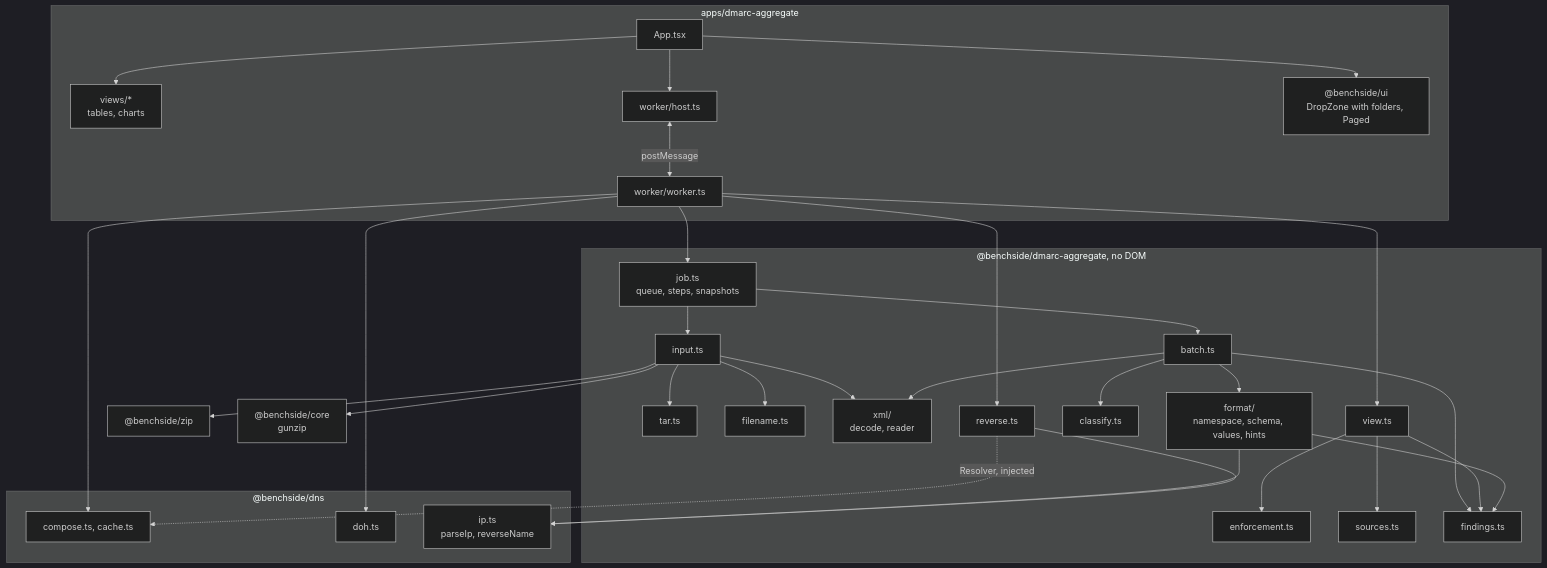
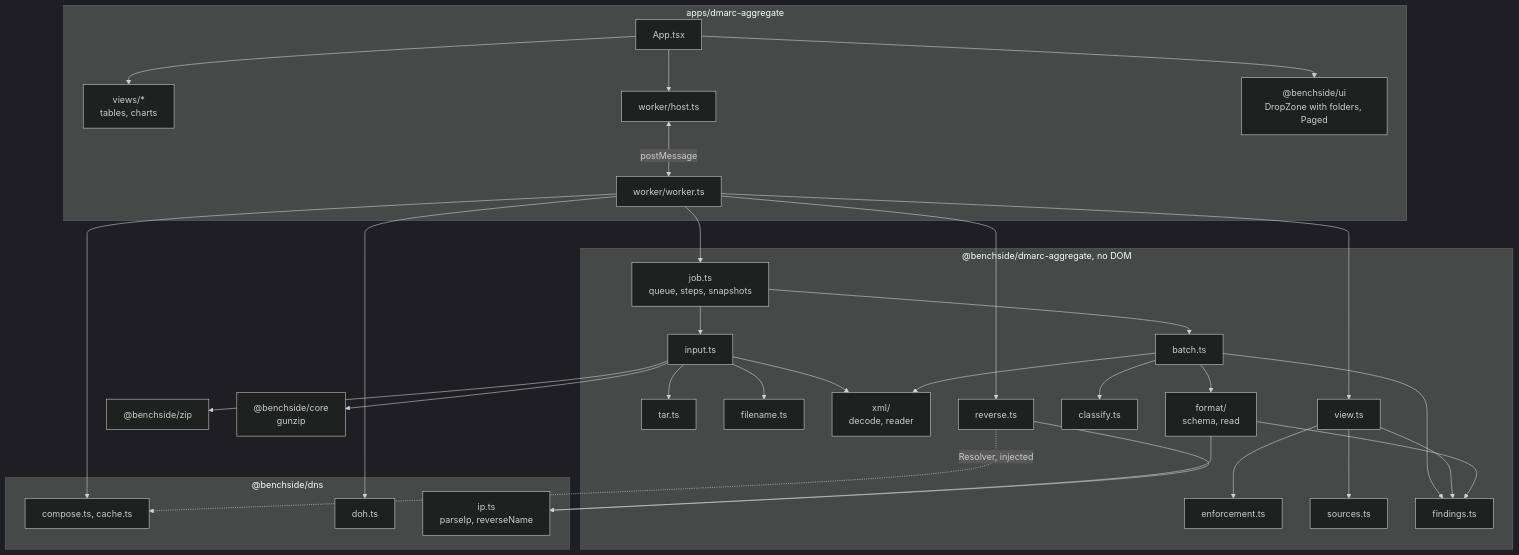
One commit to photom/benchside changed the first of 4 diagrams in docs/explanation/dmarc-aggregate-architecture.md. Above: the diagram before and after it, drawn with Mermaid (dark theme). The commit also changed other lines of this file and 6 other files, not shown here.

````diff
--- a/docs/explanation/dmarc-aggregate-architecture.md
+++ b/docs/explanation/dmarc-aggregate-architecture.md
@@ -7,34 +7,34 @@
 ```mermaid
 flowchart TD
   subgraph app ["apps/dmarc-aggregate"]
     App[App.tsx] --> views["views/*<br/>tables, charts"]
     App --> host[worker/host.ts]
     host <-- postMessage --> worker[worker/worker.ts]
     App --> ui["@benchside/ui<br/>DropZone with folders, Paged"]
   end
   subgraph pkg ["@benchside/dmarc-aggregate, no DOM"]
     job["job.ts<br/>queue, steps, snapshots"] --> batch[batch.ts]
     job --> input[input.ts]
     input --> tar[tar.ts]
     input --> filename[filename.ts]
     input --> xml
     batch --> xml["xml/<br/>decode, reader"]
-    batch --> format["format/<br/>namespace, schema, values, hints"]
+    batch --> format["format/<br/>schema, read"]
     batch --> classify[classify.ts]
     view[view.ts] --> enforce[enforcement.ts]
     view --> sources[sources.ts]
     reverse[reverse.ts]
     batch & view & format --> findings[findings.ts]
   end
   subgraph dns ["@benchside/dns"]
     compose[compose.ts, cache.ts]
     doh[doh.ts]
     ip["ip.ts<br/>parseIp, reverseName"]
   end
   input --> zip["@benchside/zip"]
   input --> core["@benchside/core<br/>gunzip"]
   format & reverse --> ip
   reverse -. "Resolver, injected" .-> compose
   worker --> job & view & reverse
   worker --> compose & doh
 ```
````
